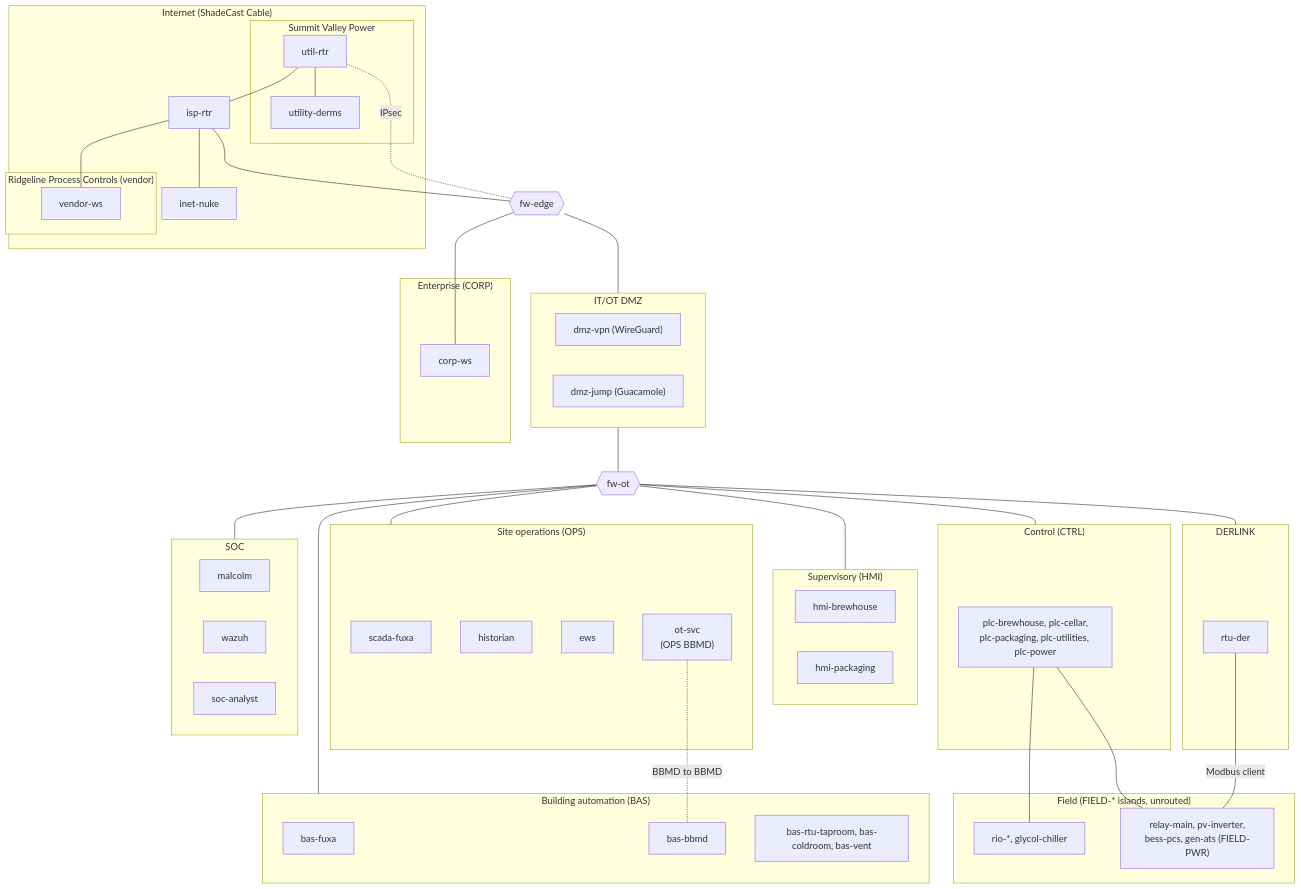
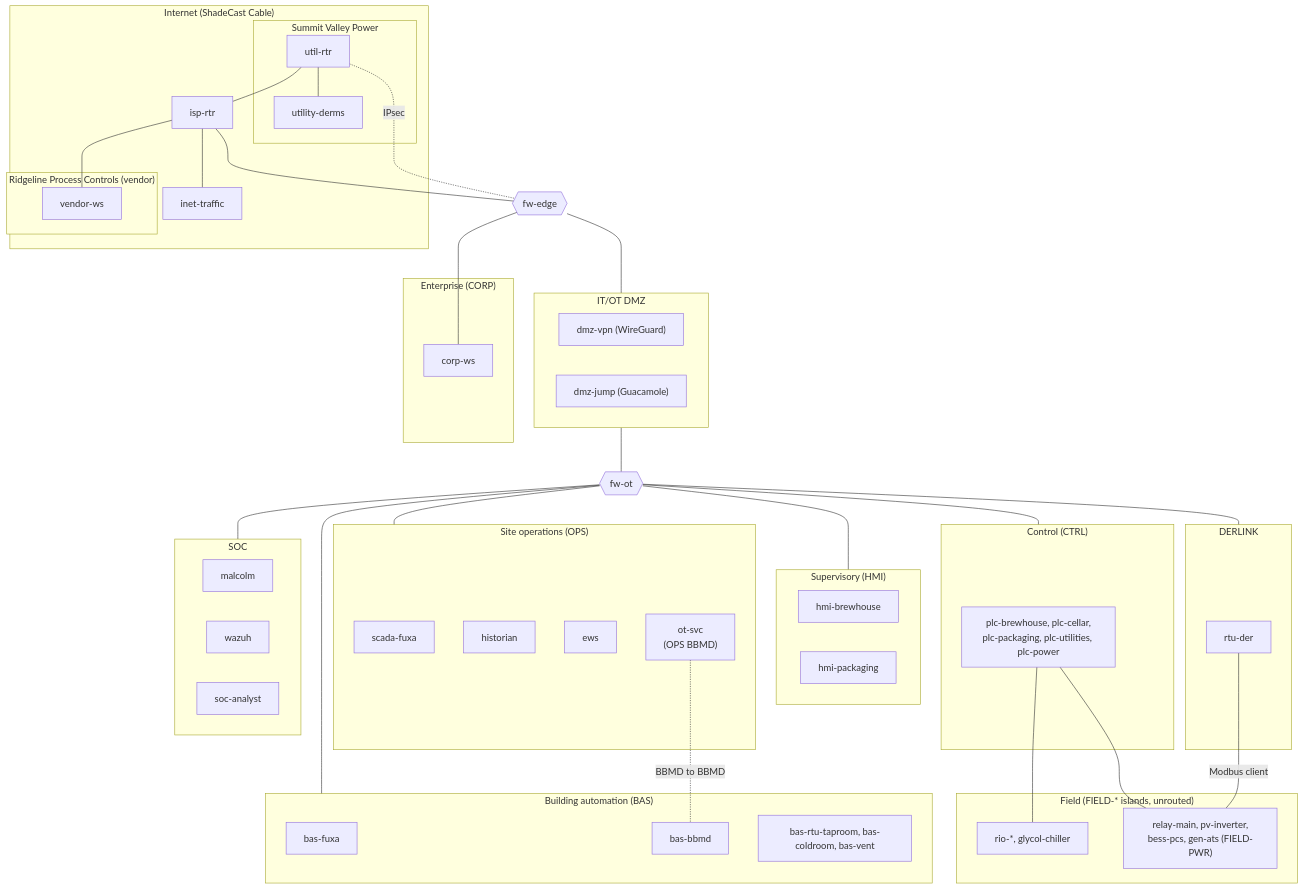
One commit to GhostofGoes/brew changed the fifth of 6 diagrams in DESIGN.md. Above: the diagram before and after it, drawn with Mermaid. The commit also changed other lines of this file and 19 other files, not shown here.

First line of the commit message:
refactor(cherrymountain): rename inet-nuke to inet-traffic

````diff
--- a/DESIGN.md
+++ b/DESIGN.md
@@ -1836,72 +1836,72 @@
 ```mermaid
 flowchart TB
   subgraph L5["Internet (ShadeCast Cable)"]
     ISP["isp-rtr"]
-    NUKE["inet-nuke"]
+    TRAFFIC["inet-traffic"]
     subgraph VEN["Ridgeline Process Controls (vendor)"]
       VWS["vendor-ws"]
     end
     subgraph UTL["Summit Valley Power"]
       URTR["util-rtr"]
       DERMS["utility-derms"]
     end
   end
   subgraph L4["Enterprise (CORP)"]
     CWS["corp-ws"]
   end
   FWEDGE{{"fw-edge"}}
   subgraph L35["IT/OT DMZ"]
     VPN["dmz-vpn (WireGuard)"]
     JUMP["dmz-jump (Guacamole)"]
   end
   FWOT{{"fw-ot"}}
   subgraph L3["Site operations (OPS)"]
     FUXA["scada-fuxa"]
     HIST["historian"]
     EWS["ews"]
     SVC["ot-svc<br/>(OPS BBMD)"]
   end
   subgraph L2["Supervisory (HMI)"]
     HMI1["hmi-brewhouse"]
     HMI2["hmi-packaging"]
   end
   subgraph L1["Control (CTRL)"]
     PLCs["plc-brewhouse, plc-cellar,<br/>plc-packaging, plc-utilities, plc-power"]
   end
   subgraph L0["Field (FIELD-* islands, unrouted)"]
     RIOs["rio-*, glycol-chiller"]
     PDEVS["relay-main, pv-inverter,<br/>bess-pcs, gen-ats (FIELD-PWR)"]
   end
   subgraph DER["DERLINK"]
     RTU["rtu-der"]
   end
   subgraph BAS["Building automation (BAS)"]
     BASFUXA["bas-fuxa"]
     BASBBMD["bas-bbmd"]
     BASD["bas-rtu-taproom, bas-coldroom, bas-vent"]
   end
   subgraph SOC["SOC"]
     MAL["malcolm"]
     WAZ["wazuh"]
     ANA["soc-analyst"]
   end
   ISP --- FWEDGE
-  ISP --- NUKE
+  ISP --- TRAFFIC
   ISP --- VWS
   URTR --- ISP
   URTR --- DERMS
   URTR -. "IPsec" .- FWEDGE
   FWEDGE --- CWS
   FWEDGE --- L35
   L35 --- FWOT
   FWOT --- L3
   FWOT --- L2
   FWOT --- L1
   FWOT --- DER
   FWOT --- BAS
   FWOT --- SOC
   SVC -. "BBMD to BBMD" .- BASBBMD
   PLCs --- RIOs
   PLCs --- PDEVS
   RTU -- "Modbus client" --- PDEVS
 ```
````
